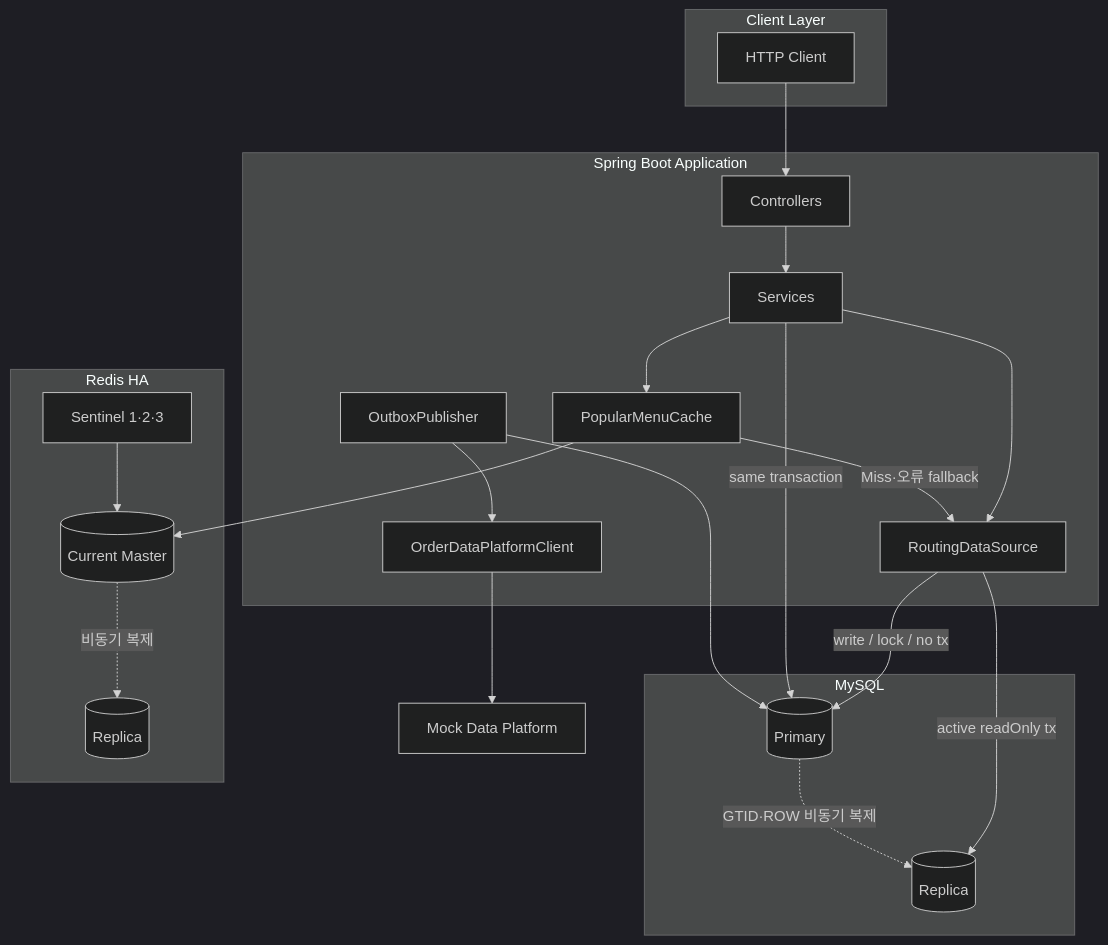
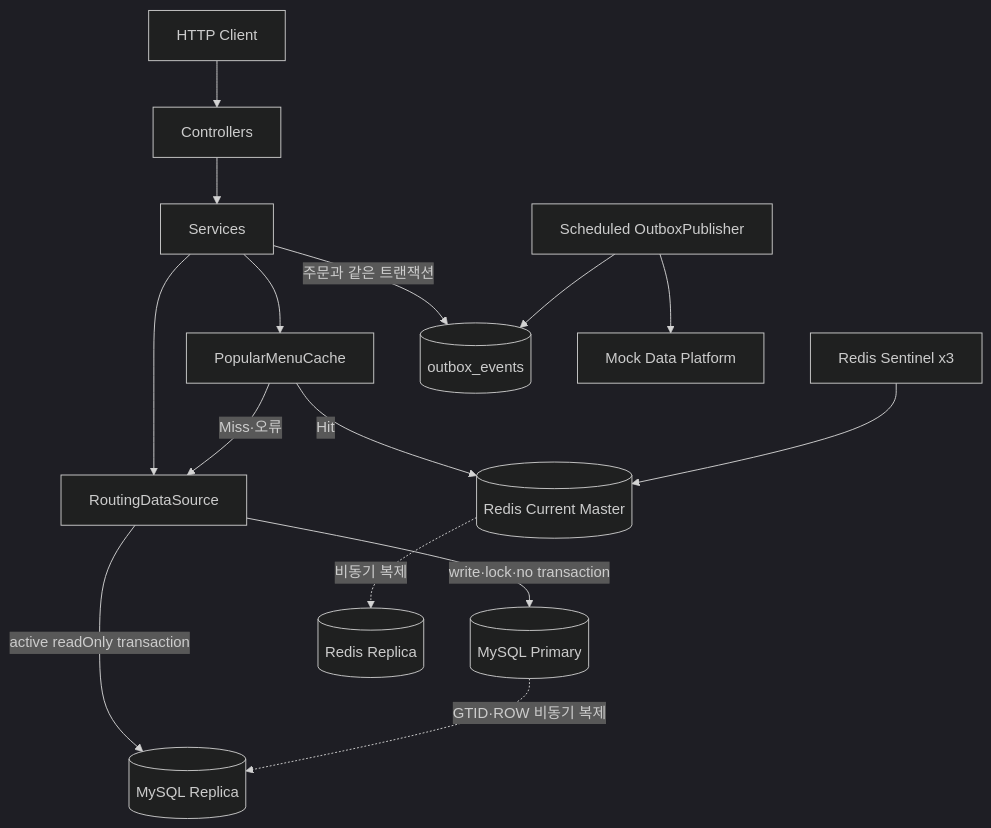
Before and after one commit to hyeonseung-dev/coffee-order-system: the first of 4 diagrams in docs/00_SOFTWARE_ARCHITECTURE.md, drawn with Mermaid (dark theme). The commit also changed other lines of this file, not shown here.

Commit message:
docs: SA 책임 경계와 Outbox 관계 정합성 보완

````diff
--- a/docs/00_SOFTWARE_ARCHITECTURE.md
+++ b/docs/00_SOFTWARE_ARCHITECTURE.md
@@ -98,44 +90,20 @@
 ```mermaid
 flowchart TB
-    subgraph ClientLayer[Client Layer]
-        Client[HTTP Client]
-    end
+    Client[HTTP Client] --> Controller[Controllers]
+    Controller --> Service[Services]
 
-    subgraph Application[Spring Boot Application]
-        Controller[Controllers]
-        Service[Services]
-        Routing[RoutingDataSource]
-        Cache[PopularMenuCache]
-        OutboxPublisher[OutboxPublisher]
-        MockClient[OrderDataPlatformClient]
-    end
-
-    subgraph MySQL[MySQL]
-        Primary[(Primary)]
-        Replica[(Replica)]
-    end
-
-    subgraph RedisHA[Redis HA]
-        Sentinel[Sentinel 1·2·3]
-        RedisMaster[(Current Master)]
-        RedisReplica[(Replica)]
-    end
-
-    External[Mock Data Platform]
-
-    Client --> Controller --> Service
-    Service --> Routing
-    Routing -->|write / lock / no tx| Primary
-    Routing -->|active readOnly tx| Replica
+    Service --> Routing[RoutingDataSource]
+    Routing -->|write·lock·no transaction| Primary[(MySQL Primary)]
+    Routing -->|active readOnly transaction| Replica[(MySQL Replica)]
     Primary -. GTID·ROW 비동기 복제 .-> Replica
 
-    Service --> Cache
-    Cache --> RedisMaster
-    Cache -->|Miss·오류 fallback| Routing
-    Sentinel --> RedisMaster
-    RedisMaster -. 비동기 복제 .-> RedisReplica
+    Service --> Cache[PopularMenuCache]
+    Cache -->|Hit| RedisMaster[(Redis Current Master)]
+    Cache -->|Miss·오류| Routing
+    Sentinel[Redis Sentinel x3] --> RedisMaster
+    RedisMaster -. 비동기 복제 .-> RedisReplica[(Redis Replica)]
 
-    Service -->|same transaction| Primary
-    OutboxPublisher --> Primary
-    OutboxPublisher --> MockClient --> External
+    Service -->|주문과 같은 트랜잭션| Outbox[(outbox_events)]
+    Publisher[Scheduled OutboxPublisher] --> Outbox
+    Publisher --> Platform[Mock Data Platform]
 ```
````
